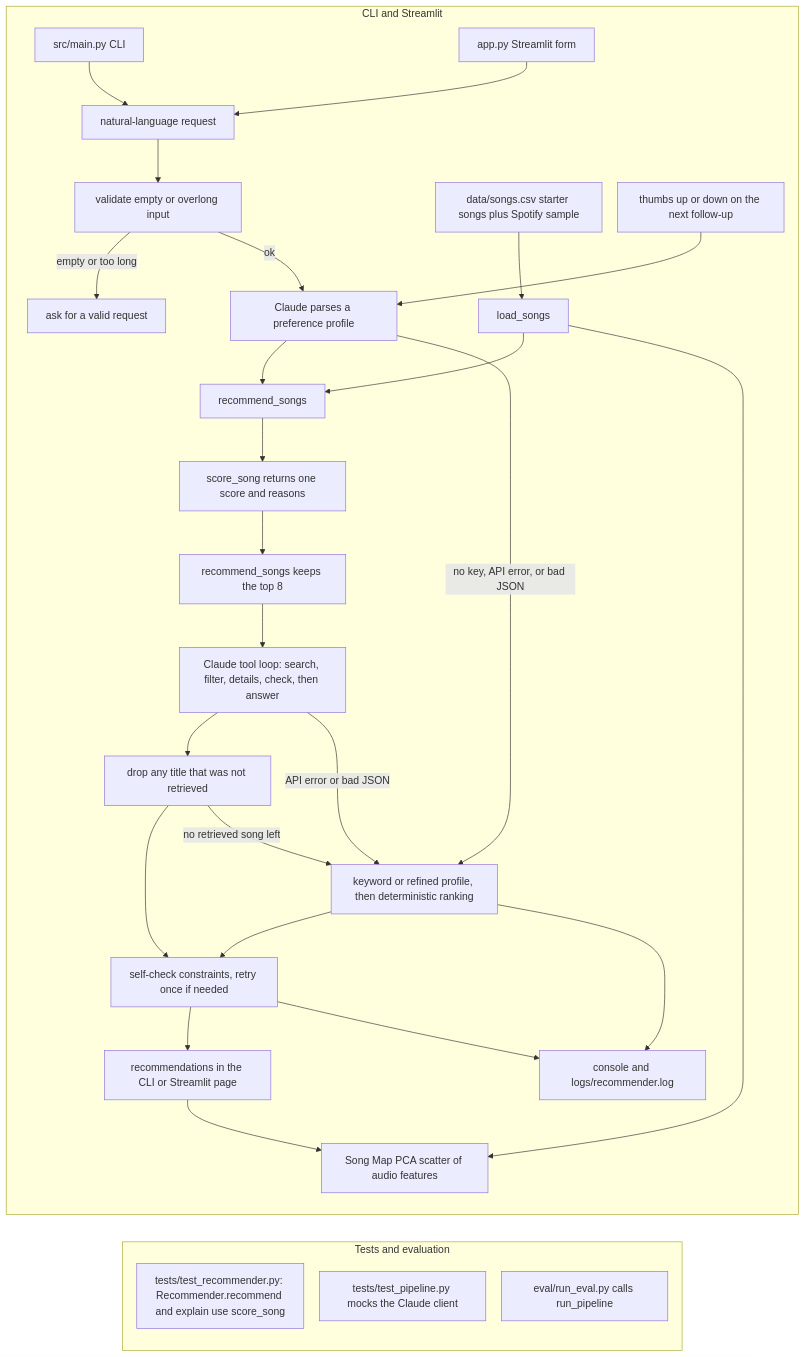
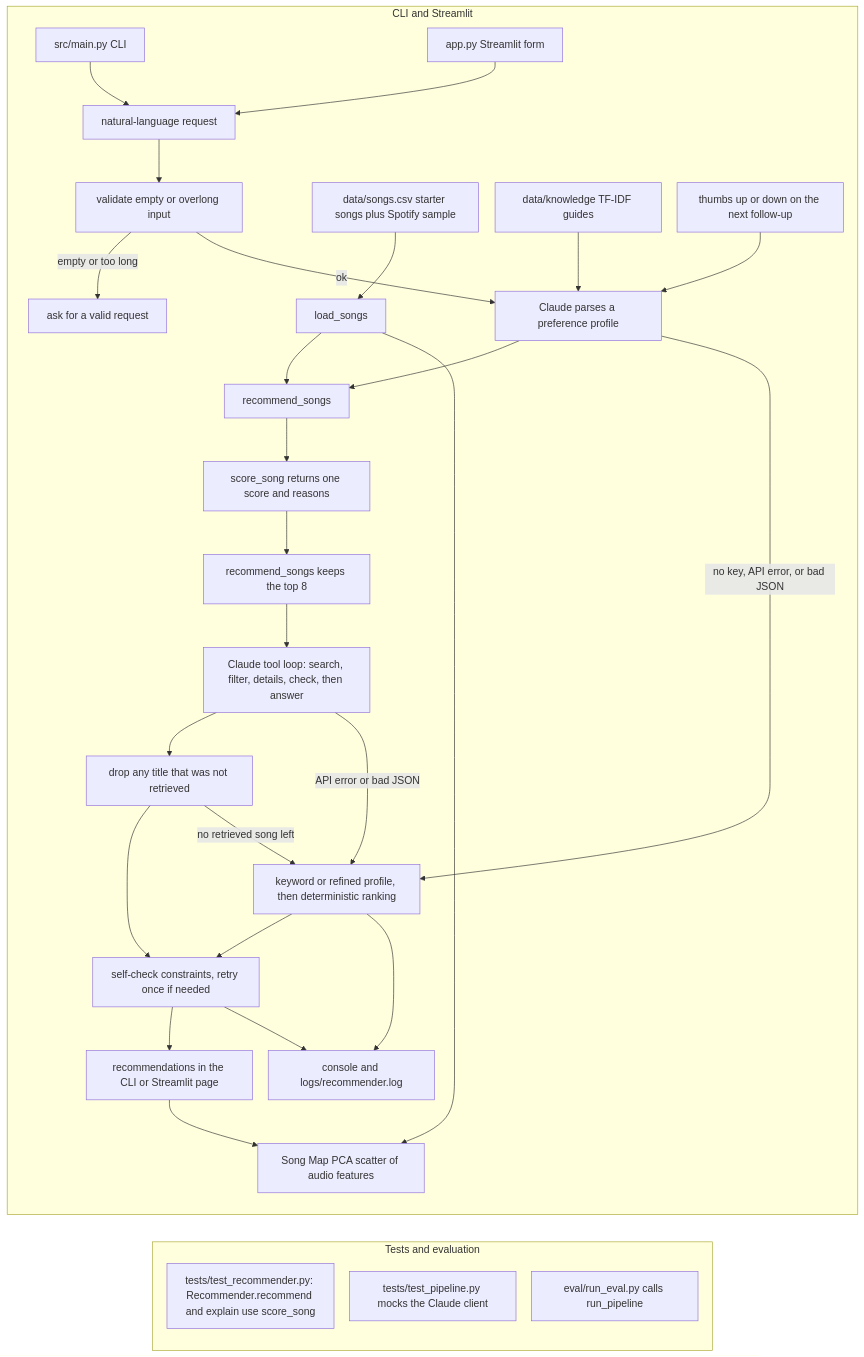
The diagram in diagrams/architecture.mmd (ThePurpleClub/applied-ai-system-project), drawn with Mermaid before and after one commit. The commit also changed 18 other files, not shown here.

```diff
--- a/diagrams/architecture.mmd
+++ b/diagrams/architecture.mmd
@@ -1,37 +1,38 @@
 %%{init: {"flowchart": {"rankSpacing": 42, "nodeSpacing": 24, "padding": 14}}}%%
 flowchart TD
     subgraph app ["CLI and Streamlit"]
         direction TB
         cli["src/main.py CLI"] --> request["natural-language request"]
         ui["app.py Streamlit form"] --> request
         request --> checkLen["validate empty or overlong input"]
         checkLen -->|"empty or too long"| rejected["ask for a valid request"]
         checkLen -->|"ok"| parse["Claude parses a preference profile"]
         csv["data/songs.csv starter songs plus Spotify sample"] --> loadSongs["load_songs"]
+        guides["data/knowledge TF-IDF guides"] --> parse
         parse --> retrieve["recommend_songs"]
         loadSongs --> retrieve
         retrieve --> score["score_song returns one score and reasons"]
         score --> topn["recommend_songs keeps the top 8"]
         topn --> generate["Claude tool loop: search, filter, details, check, then answer"]
         generate --> guard["drop any title that was not retrieved"]
         guard --> check["self-check constraints, retry once if needed"]
         check --> stdout["recommendations in the CLI or Streamlit page"]
         loadSongs --> songMap["Song Map PCA scatter of audio features"]
         stdout --> songMap
         feedback["thumbs up or down on the next follow-up"] --> parse
         parse -->|"no key, API error, or bad JSON"| fallback["keyword or refined profile, then deterministic ranking"]
         generate -->|"API error or bad JSON"| fallback
         guard -->|"no retrieved song left"| fallback
         fallback --> check
         check --> logs["console and logs/recommender.log"]
         fallback --> logs
     end
 
     subgraph checks ["Tests and evaluation"]
         direction TB
         recommenderTests["tests/test_recommender.py: Recommender.recommend and explain use score_song"]
         pipelineTests["tests/test_pipeline.py mocks the Claude client"]
         evalScript["eval/run_eval.py calls run_pipeline"]
     end
 
     app ~~~ checks
```
